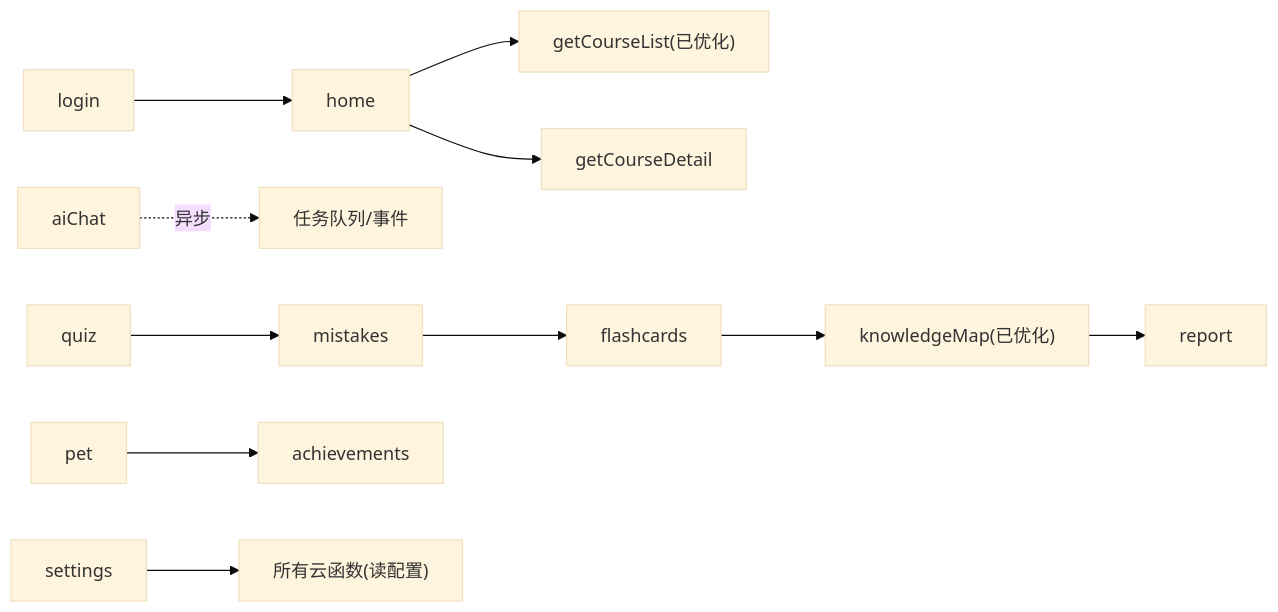
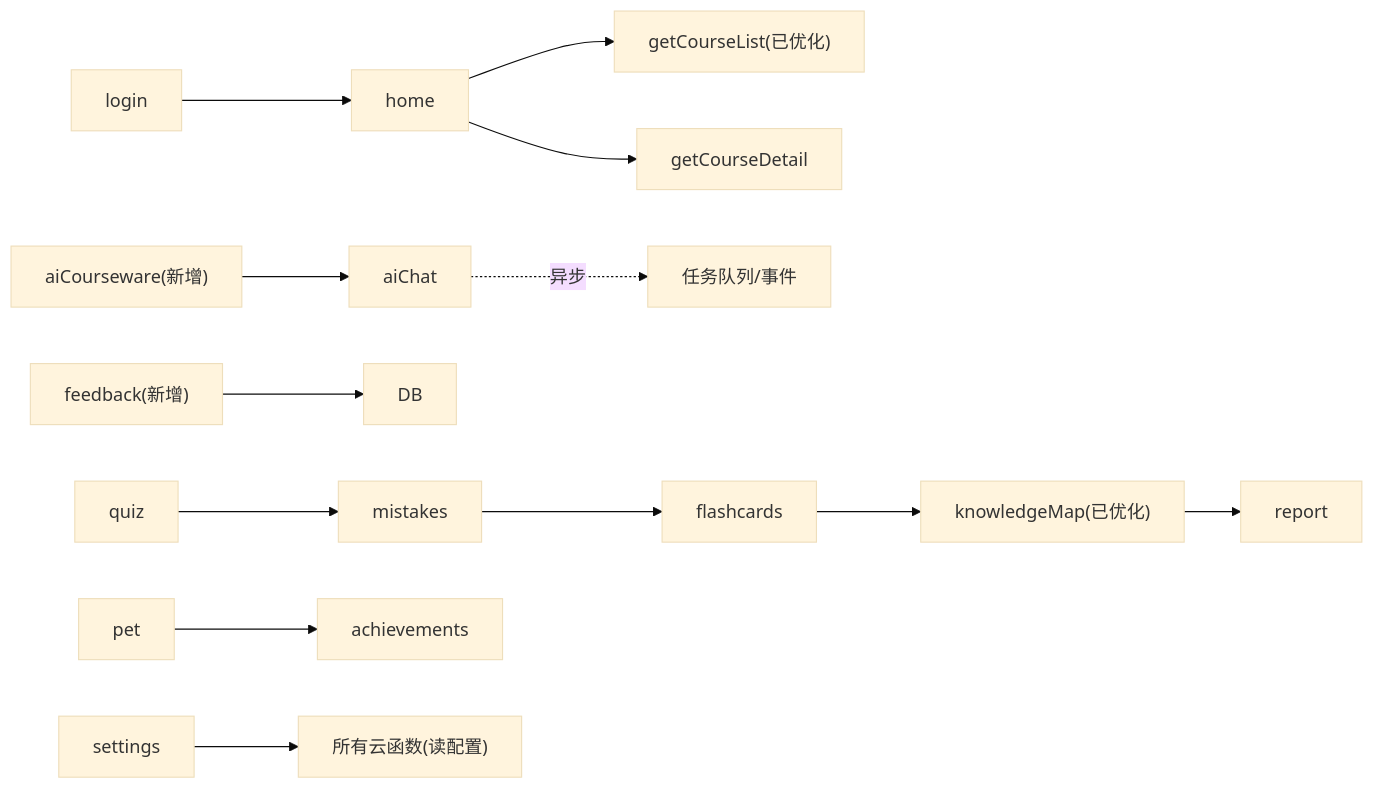
Diagram 11 of 11 in .qoder/repowiki/zh/content/架构设计/后端架构设计/云函数架构设计.md (cwb7756/bio), drawn with Mermaid (base theme) before and after one commit. The commit also changed other lines of this file and 45 other files, not shown here.

````diff
--- a/.qoder/repowiki/zh/content/架构设计/后端架构设计/云函数架构设计.md
+++ b/.qoder/repowiki/zh/content/架构设计/后端架构设计/云函数架构设计.md
@@ -358,13 +441,15 @@
 ```mermaid
 graph LR
 LOGIN["login"] --> HOME["home"]
 HOME --> GET_LIST["getCourseList(已优化)"]
 HOME --> GET_DETAIL["getCourseDetail"]
 AI["aiChat"] -.->|异步| QUEUE["任务队列/事件"]
+AICOURSEWARE["aiCourseware(新增)"] --> AI
+FEEDBACK["feedback(新增)"] --> DB
 QUIZ["quiz"] --> MISTAKES["mistakes"]
 MISTAKES --> FLASH["flashcards"]
 FLASH --> KMAP["knowledgeMap(已优化)"]
 KMAP --> REPORT["report"]
 PET["pet"] --> ACH["achievements"]
 SETTINGS["settings"] --> ALL["所有云函数(读配置)"]
 ```
````
